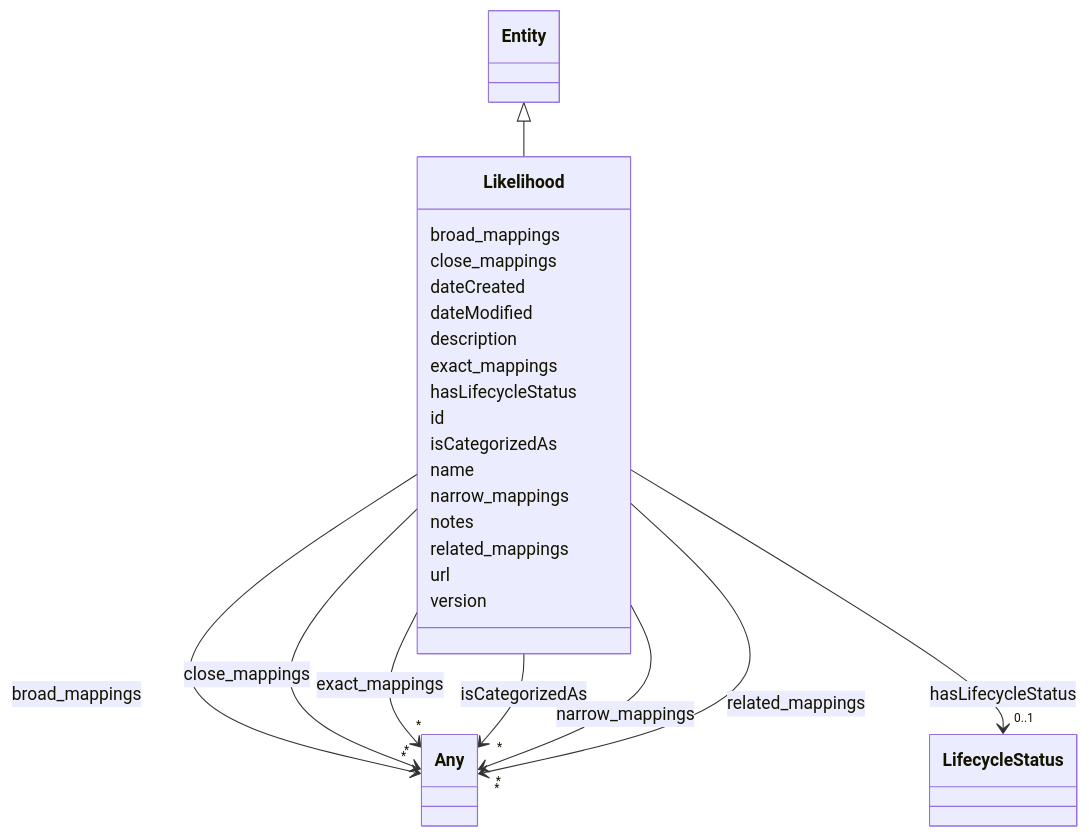
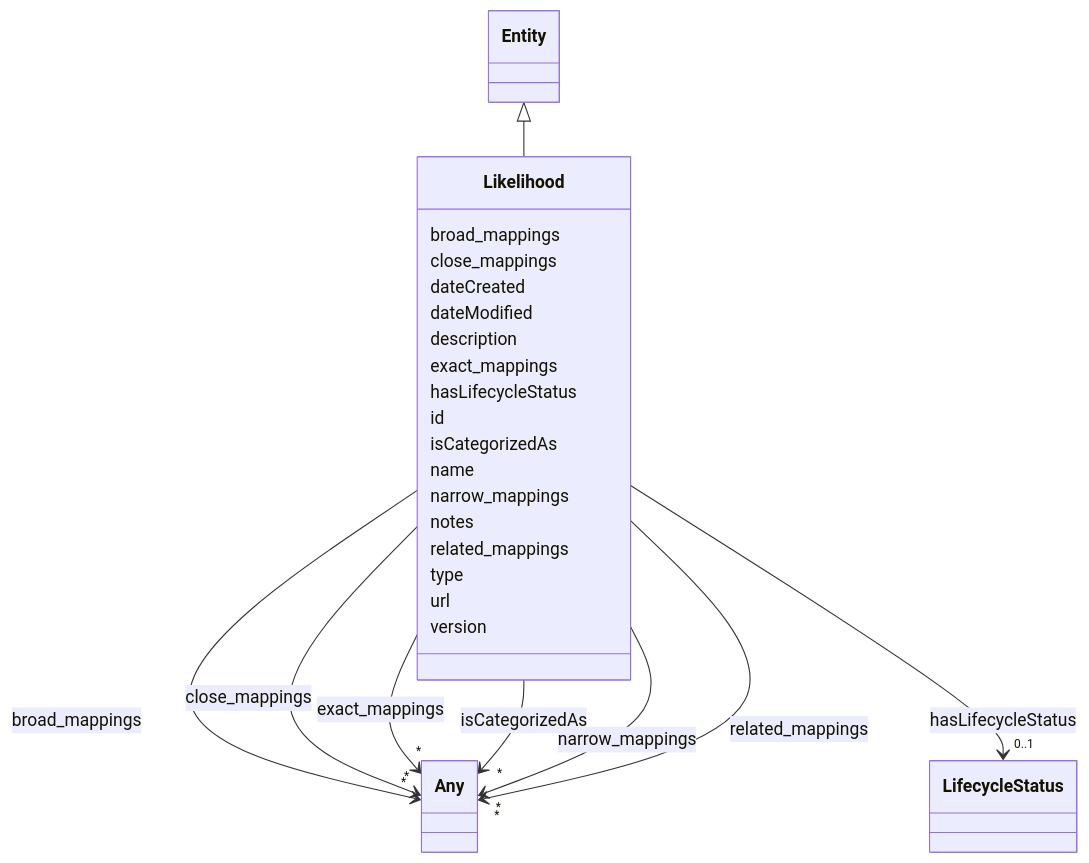
Before and after one commit to IBM/ai-atlas-nexus: the diagram in docs/ontology/Likelihood.md, drawn with Mermaid. The commit also changed other lines of this file and 151 other files, not shown here.

```diff
--- a/docs/ontology/Likelihood.md
+++ b/docs/ontology/Likelihood.md
@@ -105,6 +105,8 @@
 
 
 
+      Likelihood : type
+
       Likelihood : url
 
       Likelihood : version
```
